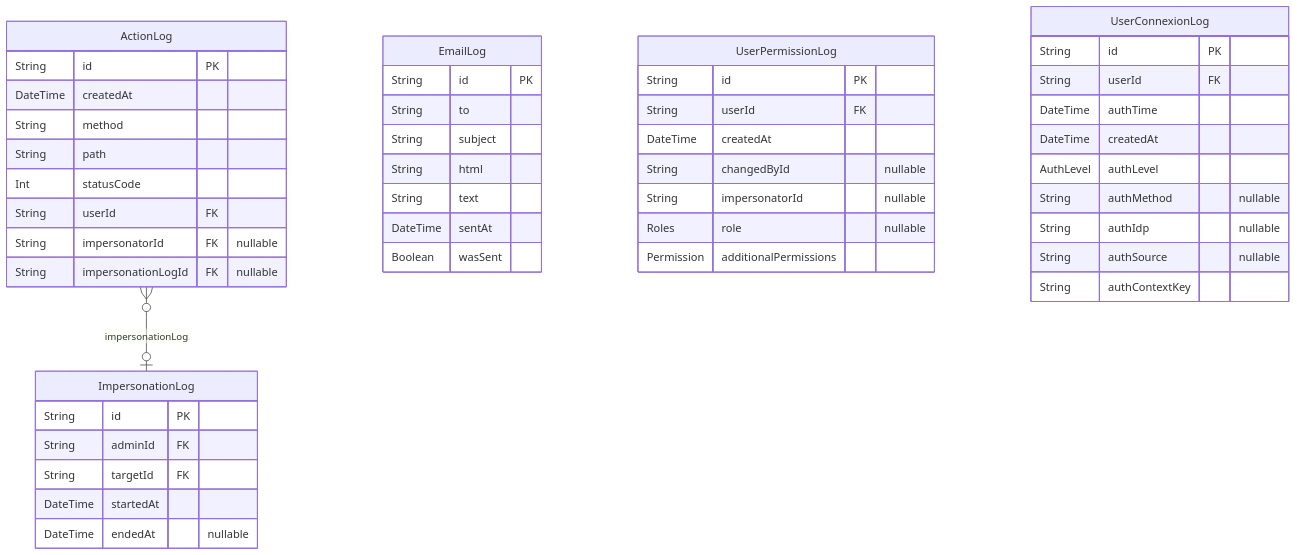
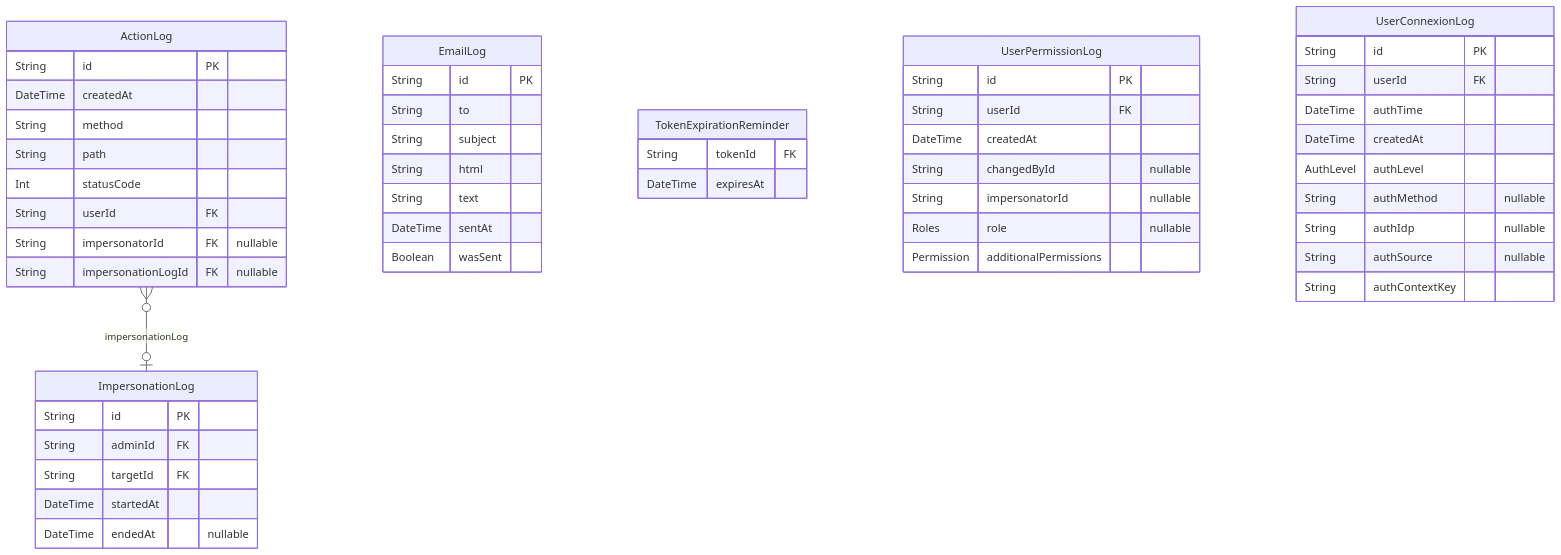
One commit to dnum-mi/referentiel-applications changed diagram 15 of 15 in backend/prisma/docs/schema.md. Above: the diagram before and after it, drawn with Mermaid. The commit also changed other lines of this file and 11 other files, not shown here.

Commit message:
feat: add token expiration reminder notifications and related database schema

````diff
--- a/backend/prisma/docs/schema.md
+++ b/backend/prisma/docs/schema.md
@@ -1365,50 +1365,54 @@
 ```mermaid
 erDiagram
 "ActionLog" {
   String id PK
   DateTime createdAt
   String method
   String path
   Int statusCode
   String userId FK
   String impersonatorId FK "nullable"
   String impersonationLogId FK "nullable"
 }
 "EmailLog" {
   String id PK
   String to
   String subject
   String html
   String text
   DateTime sentAt
   Boolean wasSent
+}
+"TokenExpirationReminder" {
+  String tokenId FK
+  DateTime expiresAt
 }
 "UserPermissionLog" {
   String id PK
   String userId FK
   DateTime createdAt
   String changedById "nullable"
   String impersonatorId "nullable"
   Roles role "nullable"
   Permission additionalPermissions
 }
 "UserConnexionLog" {
   String id PK
   String userId FK
   DateTime authTime
   DateTime createdAt
   AuthLevel authLevel
   String authMethod "nullable"
   String authIdp "nullable"
   String authSource "nullable"
   String authContextKey
 }
 "ImpersonationLog" {
   String id PK
   String adminId FK
   String targetId FK
   DateTime startedAt
   DateTime endedAt "nullable"
 }
 "ActionLog" }o--o| "ImpersonationLog" : impersonationLog
 ```
````
